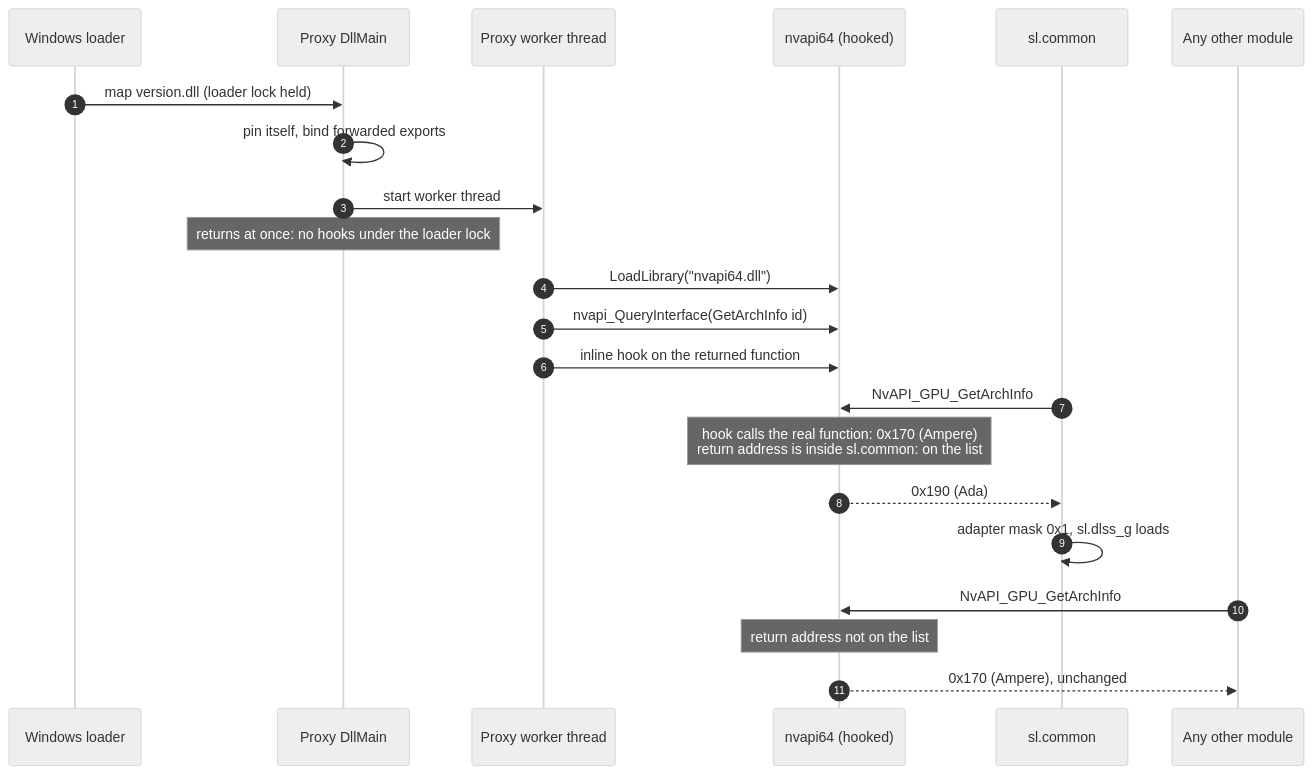
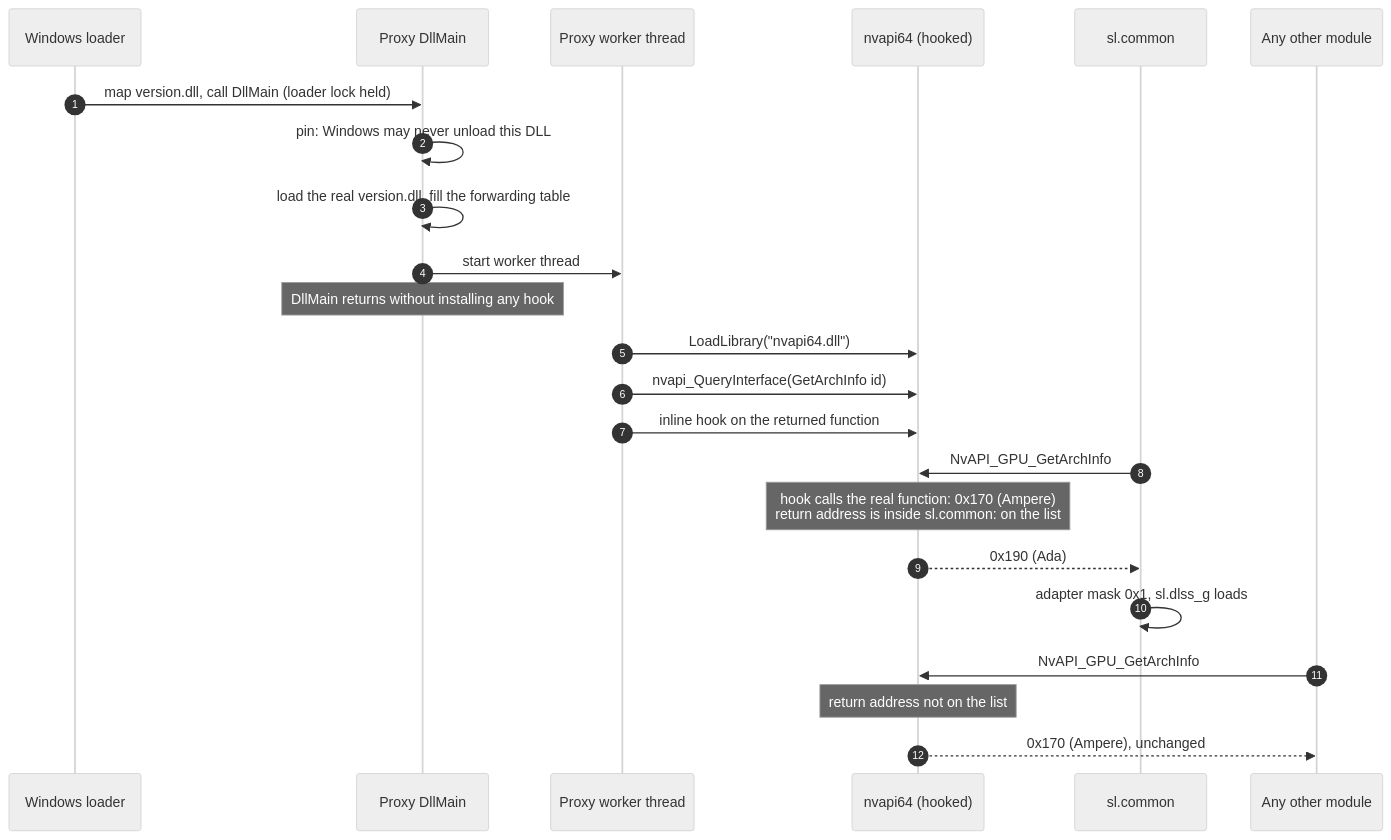
Before and after one commit to rodjunger/opendlssgenabler: the second of 5 diagrams in docs/ARCHITECTURE.md, drawn with Mermaid (neutral theme). The commit also changed other lines of this file, not shown here.

````diff
--- a/docs/ARCHITECTURE.md
+++ b/docs/ARCHITECTURE.md
@@ -113,25 +113,26 @@
 ```mermaid
 sequenceDiagram
     autonumber
     participant L as Windows loader
     participant P as Proxy DllMain
     participant W as Proxy worker thread
     participant N as nvapi64 (hooked)
     participant C as sl.common
     participant O as Any other module
 
-    L->>P: map version.dll (loader lock held)
-    P->>P: pin itself, bind forwarded exports
+    L->>P: map version.dll, call DllMain (loader lock held)
+    P->>P: pin: Windows may never unload this DLL
+    P->>P: load the real version.dll, fill the forwarding table
     P->>W: start worker thread
-    Note over P: returns at once: no hooks under the loader lock
+    Note over P: DllMain returns without installing any hook
     W->>N: LoadLibrary("nvapi64.dll")
     W->>N: nvapi_QueryInterface(GetArchInfo id)
     W->>N: inline hook on the returned function
     C->>N: NvAPI_GPU_GetArchInfo
     Note over N: hook calls the real function: 0x170 (Ampere)<br/>return address is inside sl.common: on the list
     N-->>C: 0x190 (Ada)
     C->>C: adapter mask 0x1, sl.dlss_g loads
     O->>N: NvAPI_GPU_GetArchInfo
     Note over N: return address not on the list
     N-->>O: 0x170 (Ampere), unchanged
 ```
````
